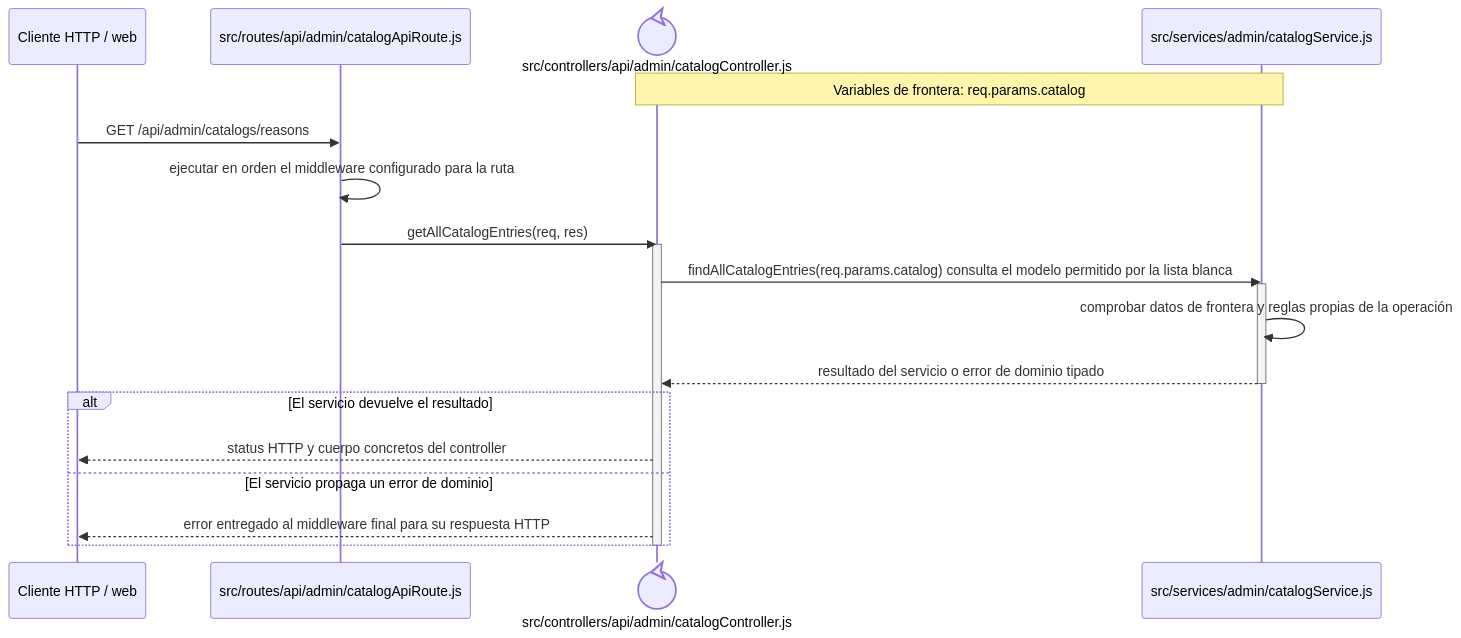
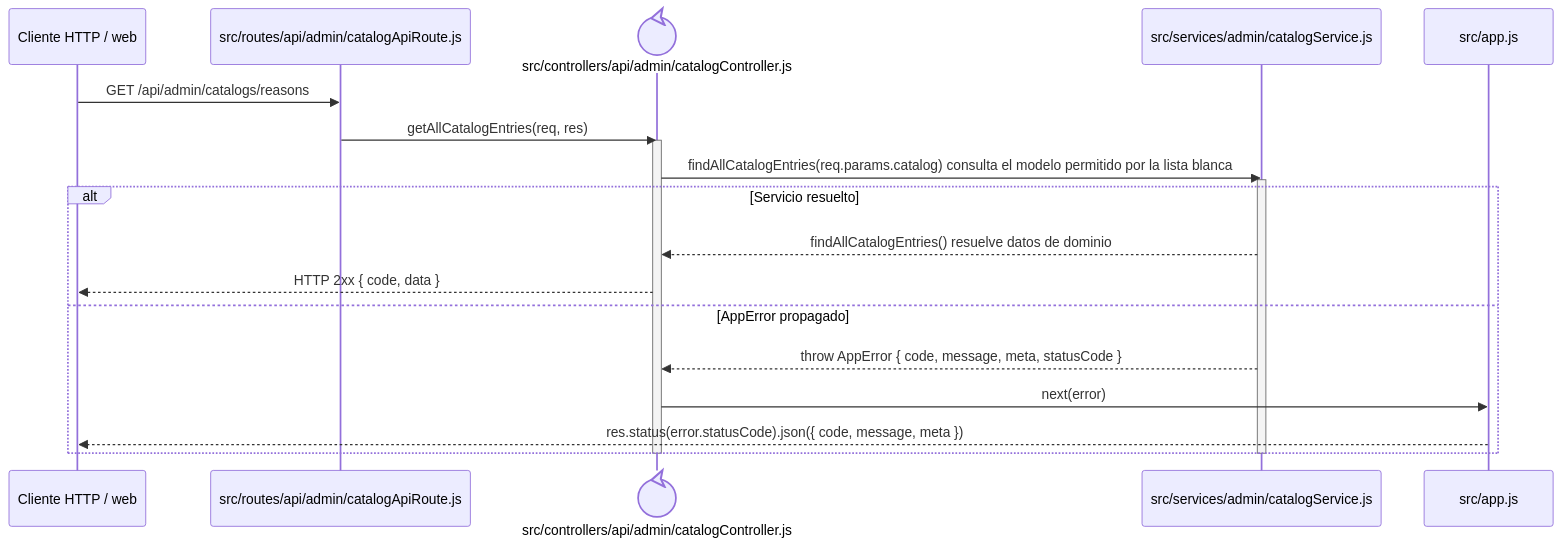
One commit to gpgsistemas01/nexus changed the diagram in docs/architecture/backend-code-sequences/catalogs/cu-cat-21.md. Above: the diagram before and after it, drawn with Mermaid. The commit also changed 148 other files, not shown here.

````diff
--- a/docs/architecture/backend-code-sequences/catalogs/cu-cat-21.md
+++ b/docs/architecture/backend-code-sequences/catalogs/cu-cat-21.md
@@ -6,24 +6,24 @@
 ```mermaid
 sequenceDiagram
     participant Client as Cliente HTTP / web
     participant Route as src/routes/api/admin/catalogApiRoute.js
     participant Controller@{ "type": "control" } as src/controllers/api/admin/catalogController.js
     participant Domain as src/services/admin/catalogService.js
-    Note over Controller,Domain: Variables de frontera: req.params.catalog
+    participant ErrorHandler as src/app.js
 
     Client->>Route: GET /api/admin/catalogs/reasons
-    Route->>Route: ejecutar en orden el middleware configurado para la ruta
     Route->>Controller: getAllCatalogEntries(req, res)
     activate Controller
     Controller->>Domain: findAllCatalogEntries(req.params.catalog) consulta el modelo permitido por la lista blanca
     activate Domain
-    Domain->>Domain: comprobar datos de frontera y reglas propias de la operación
-    Domain-->>Controller: resultado del servicio o error de dominio tipado
+    alt Servicio resuelto
+        Domain-->>Controller: findAllCatalogEntries() resuelve datos de dominio
+        Controller-->>Client: HTTP 2xx { code, data }
+    else AppError propagado
+        Domain-->>Controller: throw AppError { code, message, meta, statusCode }
+        Controller->>ErrorHandler: next(error)
+        ErrorHandler-->>Client: res.status(error.statusCode).json({ code, message, meta })
+    end
     deactivate Domain
-    alt El servicio devuelve el resultado
-        Controller-->>Client: status HTTP y cuerpo concretos del controller
-    else El servicio propaga un error de dominio
-        Controller-->>Client: error entregado al middleware final para su respuesta HTTP
-    end
     deactivate Controller
 ```
````
